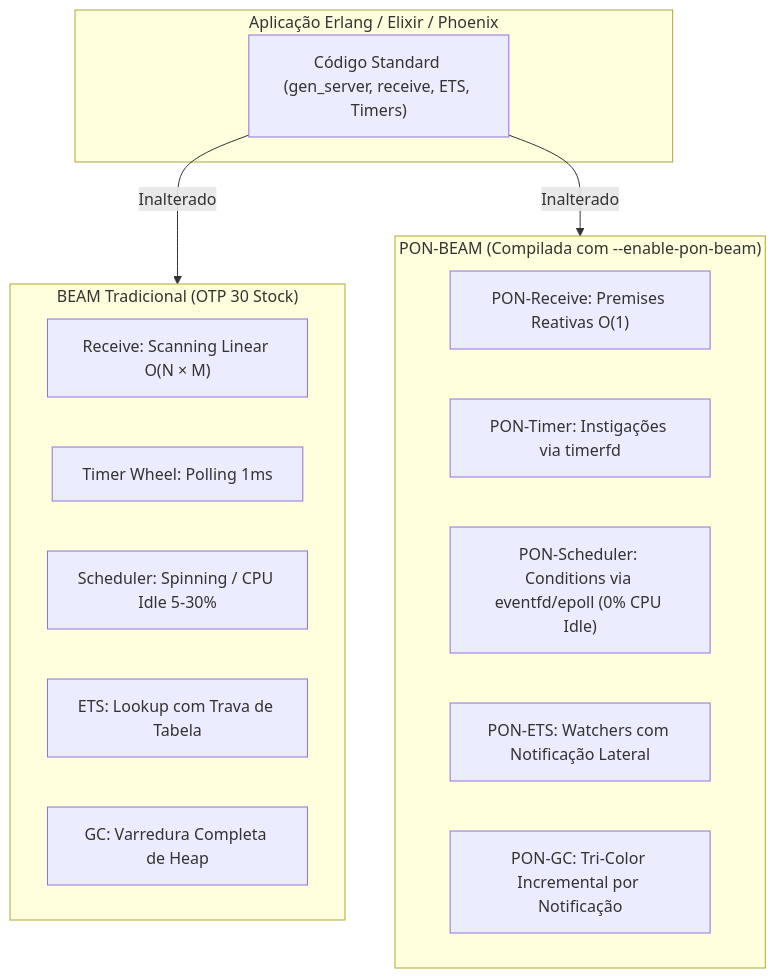
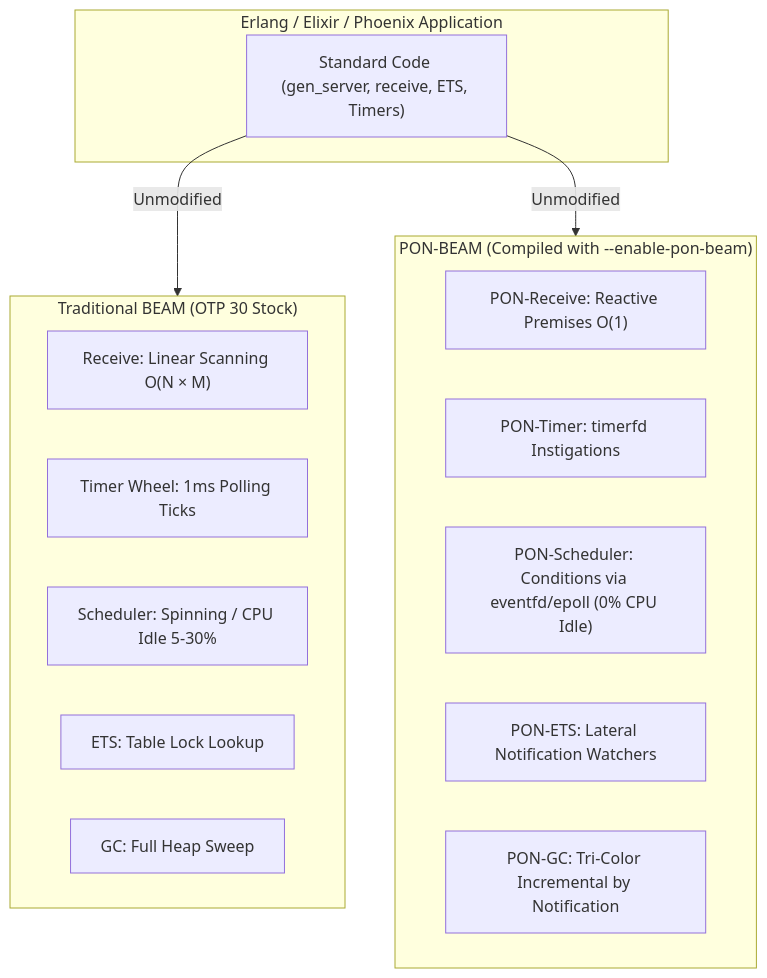
One commit to matheuscamarques/pon_beam changed the first of 3 diagrams in docs/PROJECT_PLAN.md. Above: the diagram before and after it, drawn with Mermaid. The commit also changed other lines of this file and 32 other files, not shown here.

````diff
--- a/docs/PROJECT_PLAN.md
+++ b/docs/PROJECT_PLAN.md
@@ -28,25 +28,25 @@
 ```mermaid
 flowchart TD
-    subgraph Erlang_Elixir_App["Aplicação Erlang / Elixir / Phoenix"]
-        Code["Código Standard (gen_server, receive, ETS, Timers)"]
+    subgraph Erlang_Elixir_App["Erlang / Elixir / Phoenix Application"]
+        Code["Standard Code (gen_server, receive, ETS, Timers)"]
     end
 
-    subgraph ERTS_Original["BEAM Tradicional (OTP 30 Stock)"]
-        Receive_Stock["Receive: Scanning Linear O(N × M)"]
-        Timer_Stock["Timer Wheel: Polling 1ms"]
+    subgraph ERTS_Original["Traditional BEAM (OTP 30 Stock)"]
+        Receive_Stock["Receive: Linear Scanning O(N × M)"]
+        Timer_Stock["Timer Wheel: 1ms Polling Ticks"]
         Sched_Stock["Scheduler: Spinning / CPU Idle 5-30%"]
-        ETS_Stock["ETS: Lookup com Trava de Tabela"]
-        GC_Stock["GC: Varredura Completa de Heap"]
+        ETS_Stock["ETS: Table Lock Lookup"]
+        GC_Stock["GC: Full Heap Sweep"]
     end
 
-    subgraph ERTS_PON["PON-BEAM (Compilada com --enable-pon-beam)"]
-        Receive_PON["PON-Receive: Premises Reativas O(1)"]
-        Timer_PON["PON-Timer: Instigações via timerfd"]
+    subgraph ERTS_PON["PON-BEAM (Compiled with --enable-pon-beam)"]
+        Receive_PON["PON-Receive: Reactive Premises O(1)"]
+        Timer_PON["PON-Timer: timerfd Instigations"]
         Sched_PON["PON-Scheduler: Conditions via eventfd/epoll (0% CPU Idle)"]
-        ETS_PON["PON-ETS: Watchers com Notificação Lateral"]
-        GC_PON["PON-GC: Tri-Color Incremental por Notificação"]
+        ETS_PON["PON-ETS: Lateral Notification Watchers"]
+        GC_PON["PON-GC: Tri-Color Incremental by Notification"]
     end
 
-    Code -->|Inalterado| ERTS_Original
-    Code -->|Inalterado| ERTS_PON
+    Code -->|Unmodified| ERTS_Original
+    Code -->|Unmodified| ERTS_PON
 ```
````
